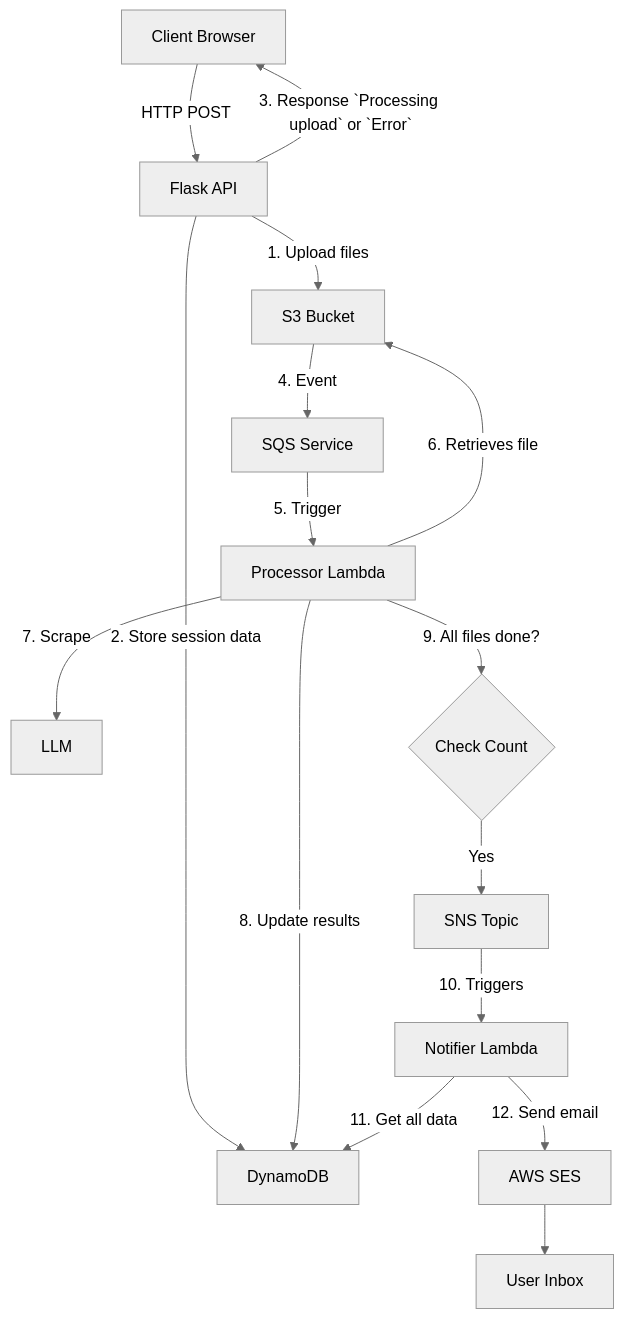
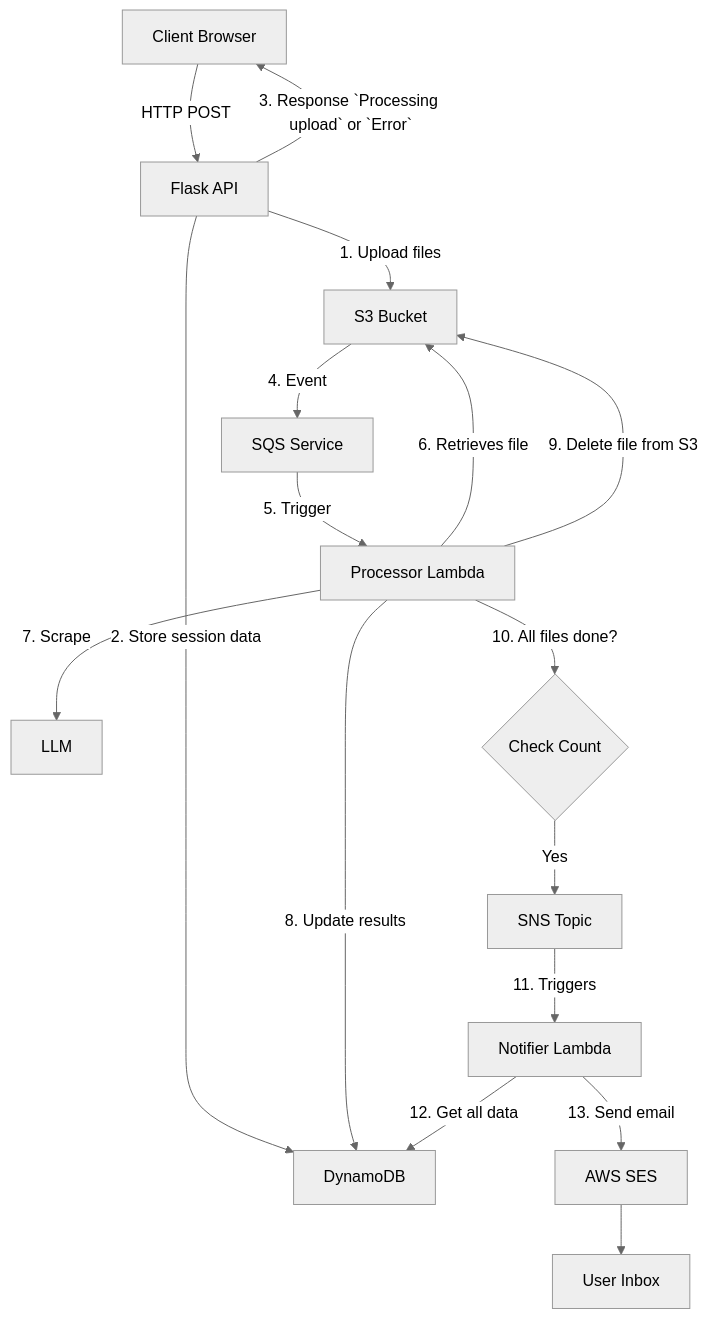
Before and after one commit to TheBigBookMan/DocDigest: the diagram in README.md, drawn with Mermaid (neutral theme).

Commit message:
update flowchart

````diff
--- a/README.md
+++ b/README.md
@@ -14,19 +14,20 @@
 ```mermaid
 flowchart TD;
     client[Client Browser] -->|HTTP POST| api[Flask API];
     api -->|1. Upload files| s3_bucket[S3 Bucket];
     api -->|2. Store session data| dynamo_db[DynamoDB]
     api -->|3. Response `Processing upload` or `Error`| client;
 
     s3_bucket -->|4. Event| sqs_service[SQS Service];
     sqs_service -->|5. Trigger| processing_lambda[Processor Lambda];
     processing_lambda --> |6. Retrieves file| s3_bucket;
     processing_lambda -->|7. Scrape| llm[LLM];
     processing_lambda -->|8. Update results| dynamo_db;
-    processing_lambda -->|9. All files done?| check{Check Count};
+    processing_lambda -->|9. Delete file from S3| s3_bucket;
+    processing_lambda -->|10. All files done?| check{Check Count};
     check -- Yes --> sns[SNS Topic];
-    sns -->|10. Triggers| notifier_lambda[Notifier Lambda];
-    notifier_lambda -->|11. Get all data| dynamo_db;
-    notifier_lambda -->|12. Send email| ses[AWS SES];
+    sns -->|11. Triggers| notifier_lambda[Notifier Lambda];
+    notifier_lambda -->|12. Get all data| dynamo_db;
+    notifier_lambda -->|13. Send email| ses[AWS SES];
     ses --> user[User Inbox];
 ```
````
